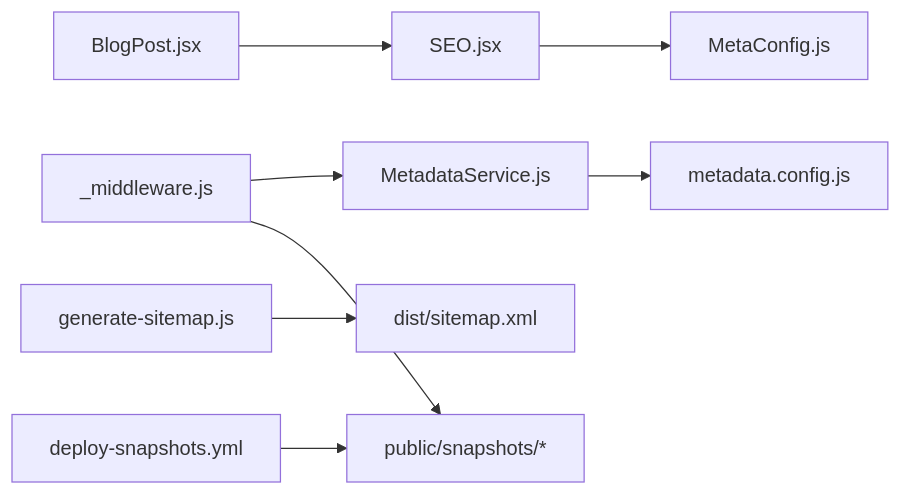
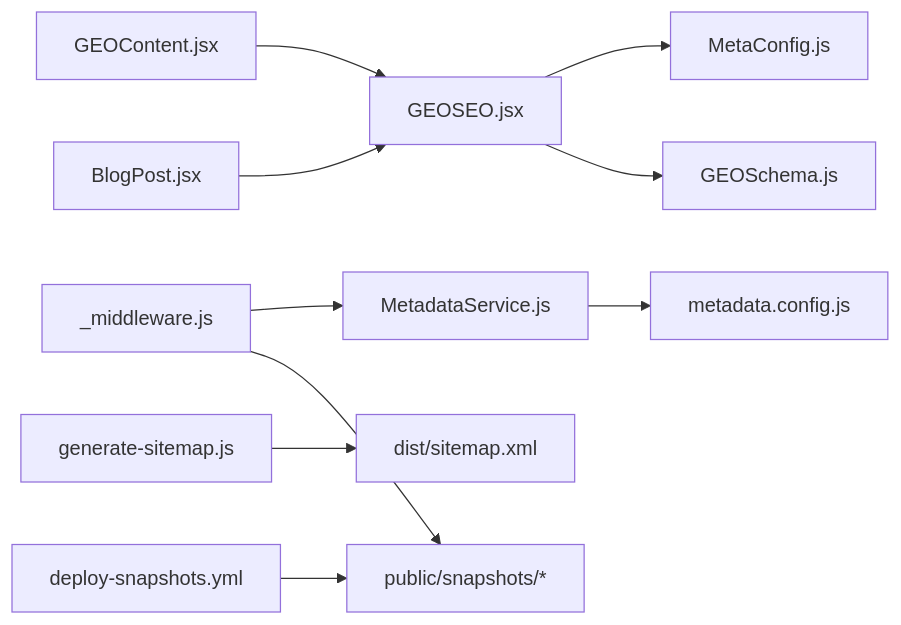
One commit to rumuze/landing-page changed the sixth of 6 diagrams in .qoder/repowiki/en/content/SEO and Social Media Optimization/SEO and Social Media Optimization.md. Above: the diagram before and after it, drawn with Mermaid. The commit also changed other lines of this file and 5 other files, not shown here.

````diff
--- a/.qoder/repowiki/en/content/SEO and Social Media Optimization/SEO and Social Media Optimization.md
+++ b/.qoder/repowiki/en/content/SEO and Social Media Optimization/SEO and Social Media Optimization.md
@@ -315,10 +365,12 @@
 ```mermaid
 graph LR
 MW["_middleware.js"] --> MSvc["MetadataService.js"]
 MSvc --> MConf["metadata.config.js"]
-SEO["SEO.jsx"] --> MU["MetaConfig.js"]
-Blog["BlogPost.jsx"] --> SEO
+GEOSEO["GEOSEO.jsx"] --> MU["MetaConfig.js"]
+GEOSEO --> GEOS["GEOSchema.js"]
+GEOContent["GEOContent.jsx"] --> GEOSEO
+Blog["BlogPost.jsx"] --> GEOSEO
 Gen["generate-sitemap.js"] --> Dist["dist/sitemap.xml"]
 Snap["deploy-snapshots.yml"] --> Pub["public/snapshots/*"]
 MW --> Pub
 ```
````
